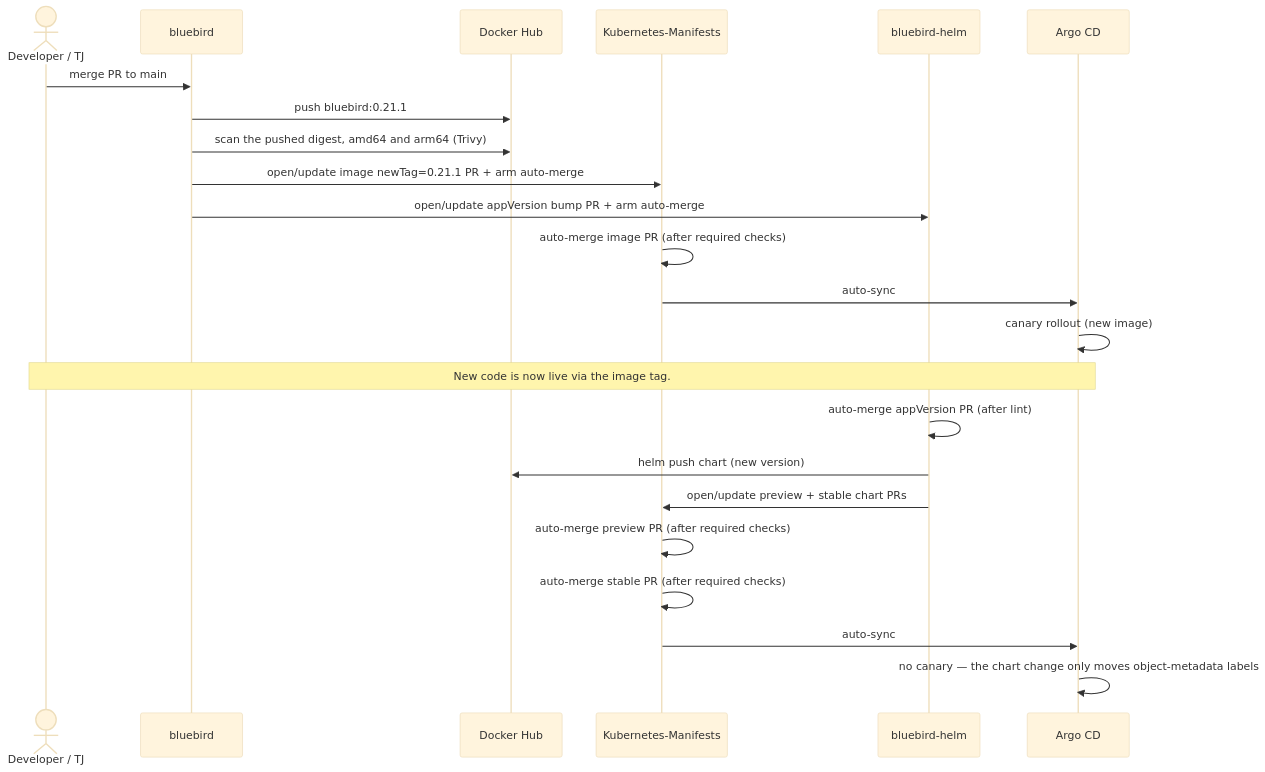
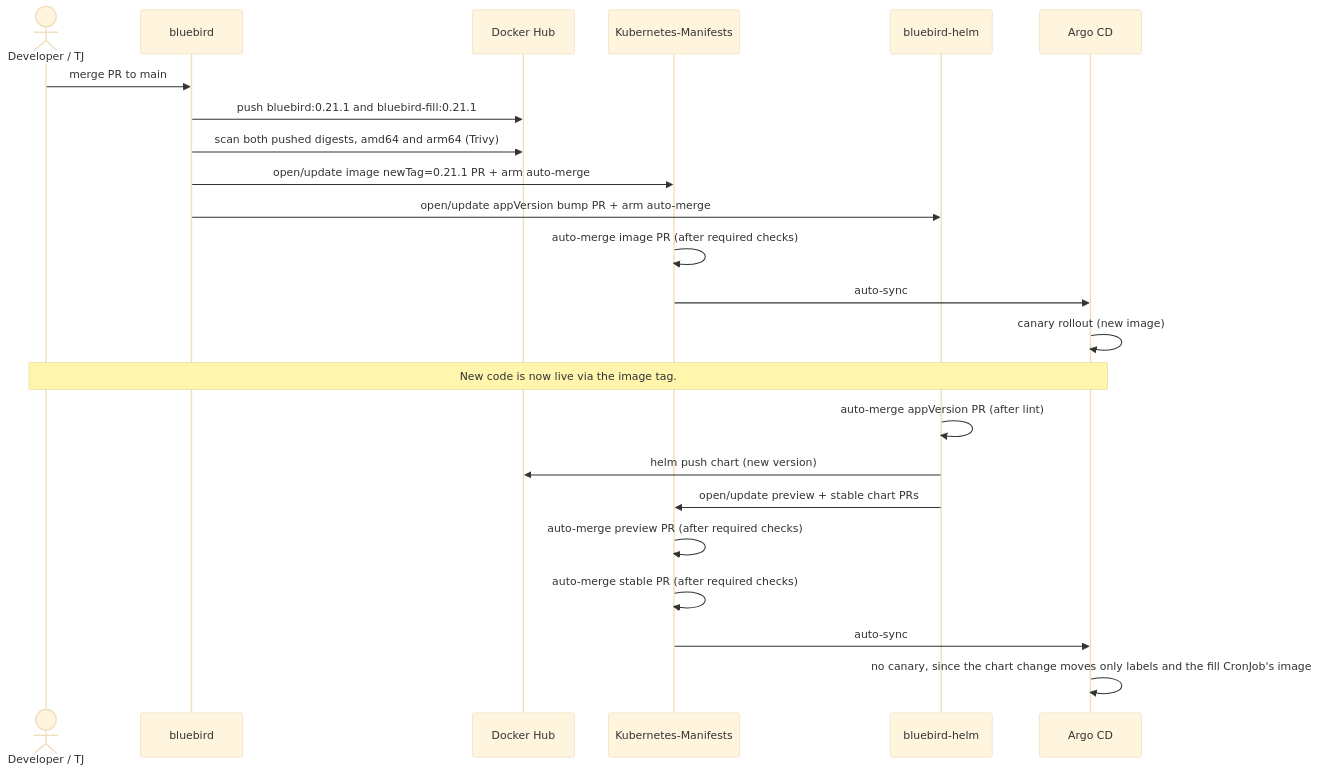
The sixth of 6 diagrams in docs/CICD.md (zimmertr/bluebird), drawn with Mermaid (base theme) before and after one commit. The commit also changed other lines of this file and 159 other files, not shown here.

````diff
--- a/docs/CICD.md
+++ b/docs/CICD.md
@@ -1446,26 +1532,26 @@
 ```mermaid
 sequenceDiagram
     actor Dev as Developer / TJ
     participant BB as bluebird
     participant DH as Docker Hub
     participant KM as Kubernetes-Manifests
     participant HELM as bluebird-helm
     participant ARGO as Argo CD
 
     Dev->>BB: merge PR to main
-    BB->>DH: push bluebird:0.21.1
-    BB->>DH: scan the pushed digest, amd64 and arm64 (Trivy)
+    BB->>DH: push bluebird:0.21.1 and bluebird-fill:0.21.1
+    BB->>DH: scan both pushed digests, amd64 and arm64 (Trivy)
     BB->>KM: open/update image newTag=0.21.1 PR + arm auto-merge
     BB->>HELM: open/update appVersion bump PR + arm auto-merge
     KM->>KM: auto-merge image PR (after required checks)
     KM->>ARGO: auto-sync
     ARGO->>ARGO: canary rollout (new image)
     Note over Dev,ARGO: New code is now live via the image tag.
     HELM->>HELM: auto-merge appVersion PR (after lint)
     HELM->>DH: helm push chart (new version)
     HELM->>KM: open/update preview + stable chart PRs
     KM->>KM: auto-merge preview PR (after required checks)
     KM->>KM: auto-merge stable PR (after required checks)
     KM->>ARGO: auto-sync
-    ARGO->>ARGO: no canary — the chart change only moves object-metadata labels
+    ARGO->>ARGO: no canary, since the chart change moves only labels and the fill CronJob's image
 ```
````
